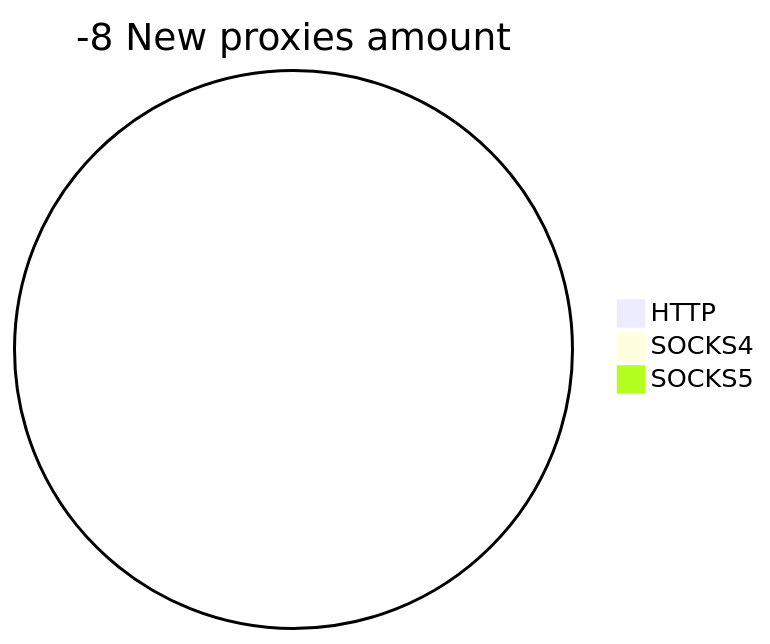
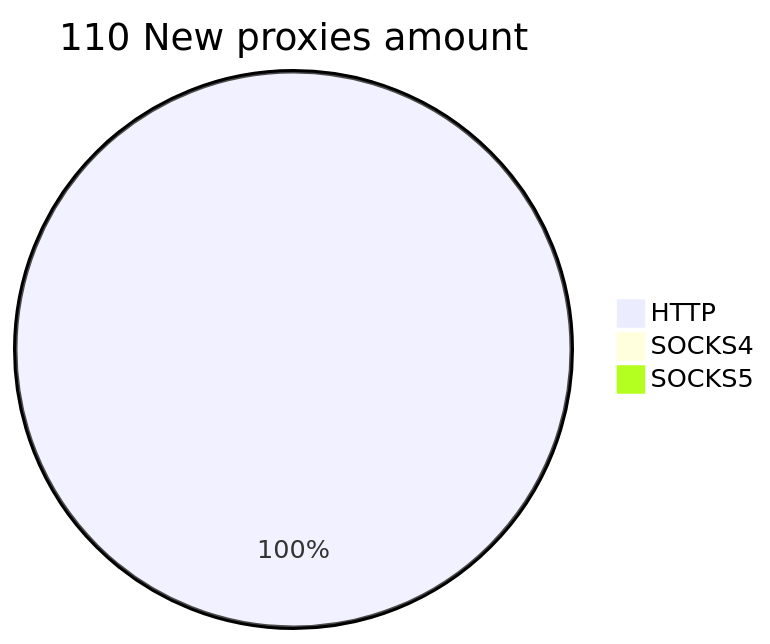
One commit to cutipu/proxylist changed the second of 2 diagrams in README.md. Above: the diagram before and after it, drawn with Mermaid. The commit also changed other lines of this file, not shown here.

````diff
--- a/README.md
+++ b/README.md
@@ -10,6 +10,6 @@
 ```mermaid
-pie title -8 New proxies amount
-    "HTTP" : 0
+pie title 110 New proxies amount
+    "HTTP" : 144
     "SOCKS4" : 0
     "SOCKS5" : 0
 ```
````
